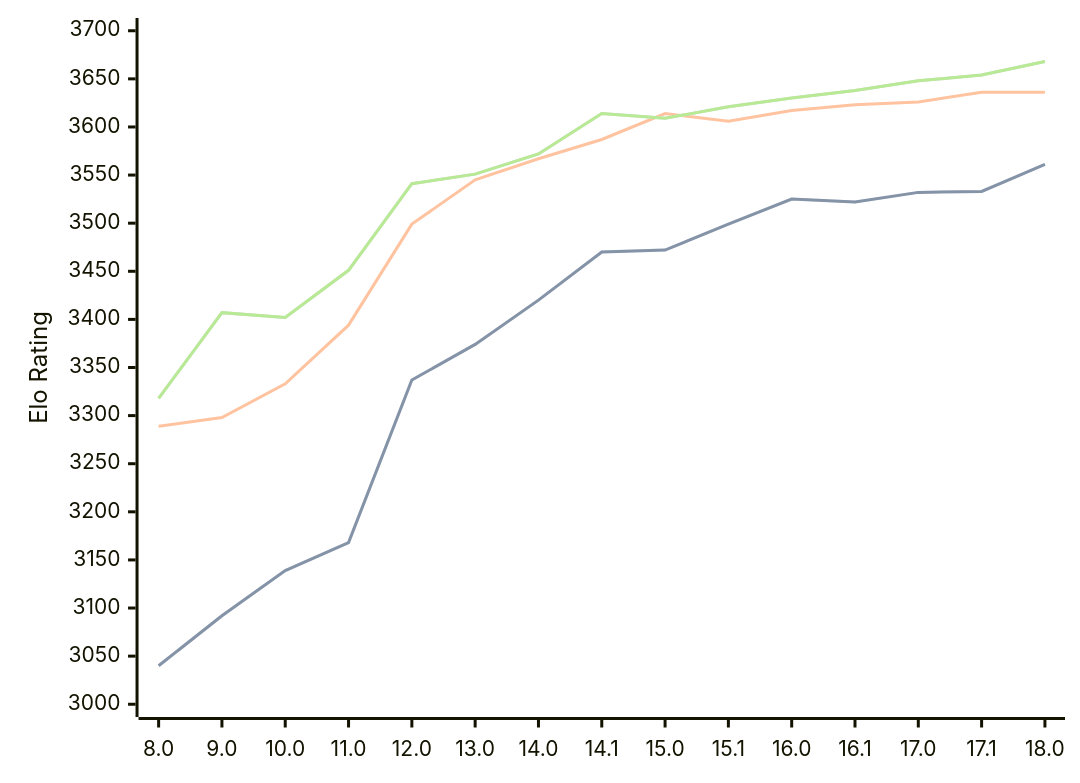
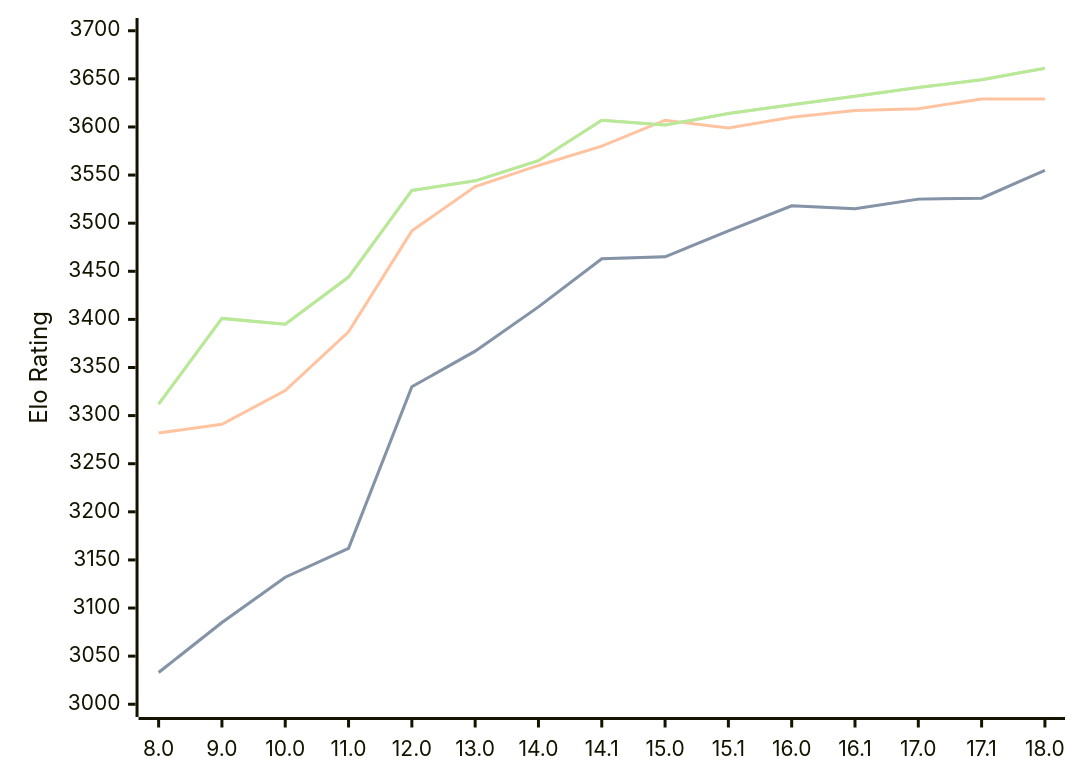
Before and after one commit to computer-chess-index/cci: the diagram in engines/Stockfish.md, drawn with Mermaid. The commit also changed other lines of this file, not shown here.

Commit message:
Update CCI Ratings (ELO VLTC) - 2026-05-18

````diff
--- a/engines/Stockfish.md
+++ b/engines/Stockfish.md
@@ -46,11 +46,11 @@
 ```mermaid
 %%{init: {"theme":"base","themeVariables":{"seriesColors:['#a3a3a3','#222221','#faa371']}}}%%
 xychart-beta
   x-axis ["8.0", "9.0", "10.0", "11.0", "12.0", "13.0", "14.0", "14.1", "15.0", "15.1", "16.0", "16.1", "17.0", "17.1", "18.0"]
   y-axis "Elo Rating" 3000 --> 3700
-  line "STC (8.0+0.08s)" [3040, 3092, 3139, 3168, 3337, 3374, 3420, 3470, 3472, 3499, 3525, 3522, 3532, 3533, 3561]
-  line "STC (8.0+0.08s)" [3040, 3092, 3139, 3168, 3337, 3374, 3420, 3470, 3472, 3499, 3525, 3522, 3532, 3533, 3561]
-  line "LTC (60.0+0.60s)" [3289, 3298, 3333, 3394, 3499, 3545, 3567, 3587, 3614, 3606, 3617, 3623, 3626, 3636, 3636]
-  line "VLTC (2m24s+1.12s)" [3318, 3407, 3402, 3451, 3541, 3551, 3572, 3614, 3609, 3621, 3630, 3638, 3648, 3654, 3668]
-  line "VLTC (2m24s+1.12s)" [3318, 3407, 3402, 3451, 3541, 3551, 3572, 3614, 3609, 3621, 3630, 3638, 3648, 3654, 3668]
+  line "STC (8.0+0.08s)" [3033, 3085, 3132, 3162, 3330, 3367, 3413, 3463, 3465, 3492, 3518, 3515, 3525, 3526, 3555]
+  line "STC (8.0+0.08s)" [3033, 3085, 3132, 3162, 3330, 3367, 3413, 3463, 3465, 3492, 3518, 3515, 3525, 3526, 3555]
+  line "LTC (60.0+0.60s)" [3282, 3291, 3326, 3387, 3492, 3538, 3560, 3580, 3607, 3599, 3610, 3617, 3619, 3629, 3629]
+  line "VLTC (2m24s+1.12s)" [3312, 3401, 3395, 3444, 3534, 3544, 3565, 3607, 3602, 3614, 3623, 3632, 3641, 3649, 3661]
+  line "VLTC (2m24s+1.12s)" [3312, 3401, 3395, 3444, 3534, 3544, 3565, 3607, 3602, 3614, 3623, 3632, 3641, 3649, 3661]
 ```
````
